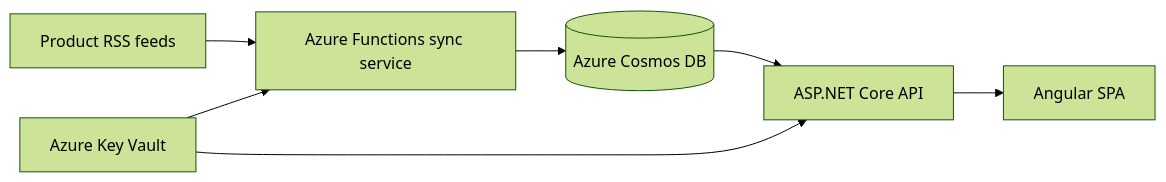
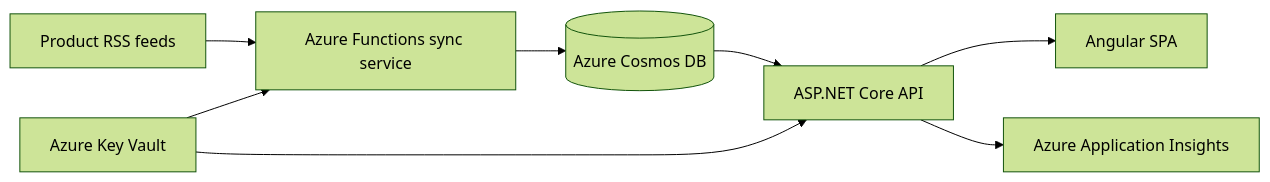
The diagram in README.md (blurlzy/ms-platform-updates), drawn with Mermaid (forest theme) before and after one commit. The commit also changed other lines of this file, not shown here.

````diff
--- a/README.md
+++ b/README.md
@@ -9,9 +9,10 @@
 ```mermaid
 flowchart LR
     Feeds[Product RSS feeds] --> Function[Azure Functions sync service]
     Function --> Cosmos[(Azure Cosmos DB)]
     Cosmos --> API[ASP.NET Core API]
     API --> SPA[Angular SPA]
+    API --> Insights[Azure Application Insights]
     Vault[Azure Key Vault] --> Function
     Vault --> API
 ```
````
